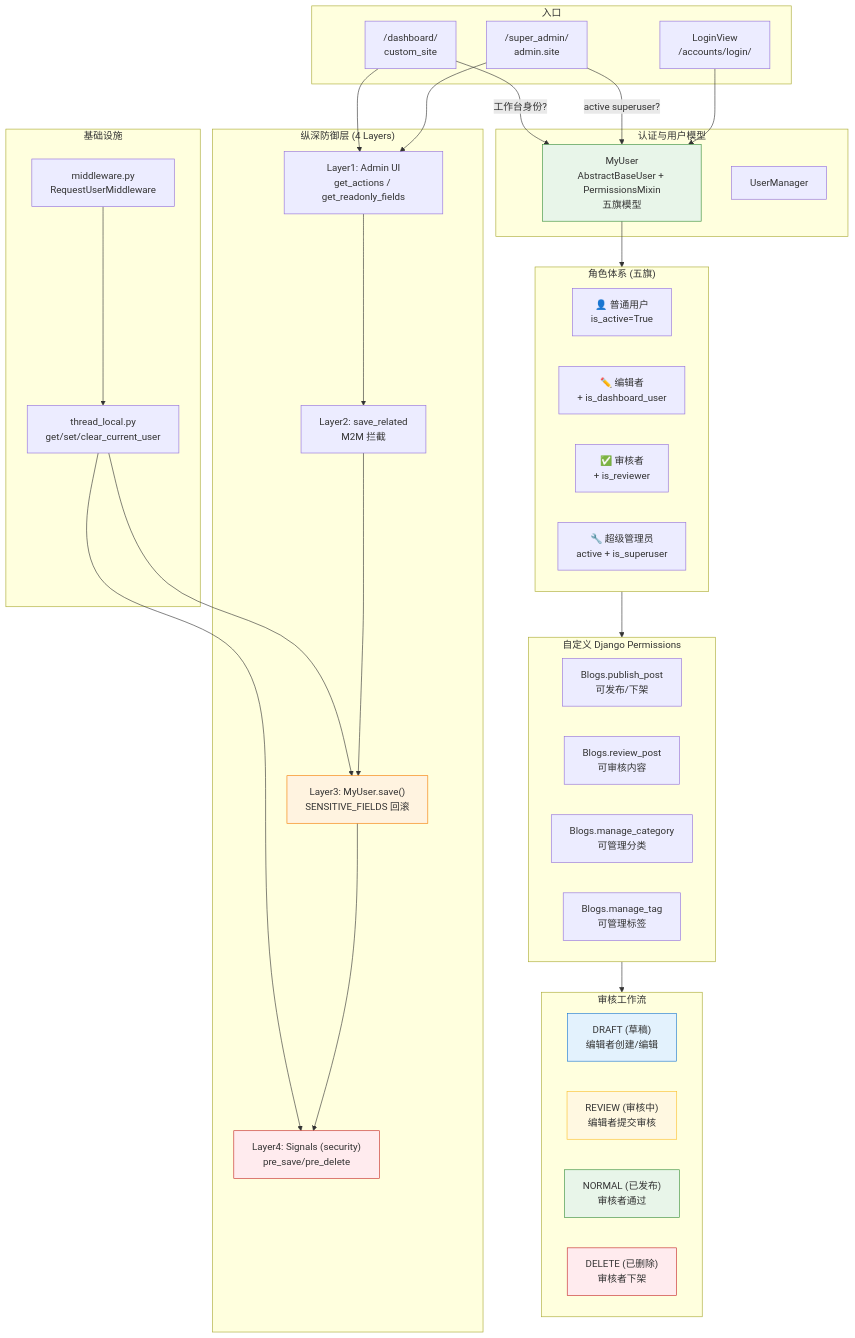
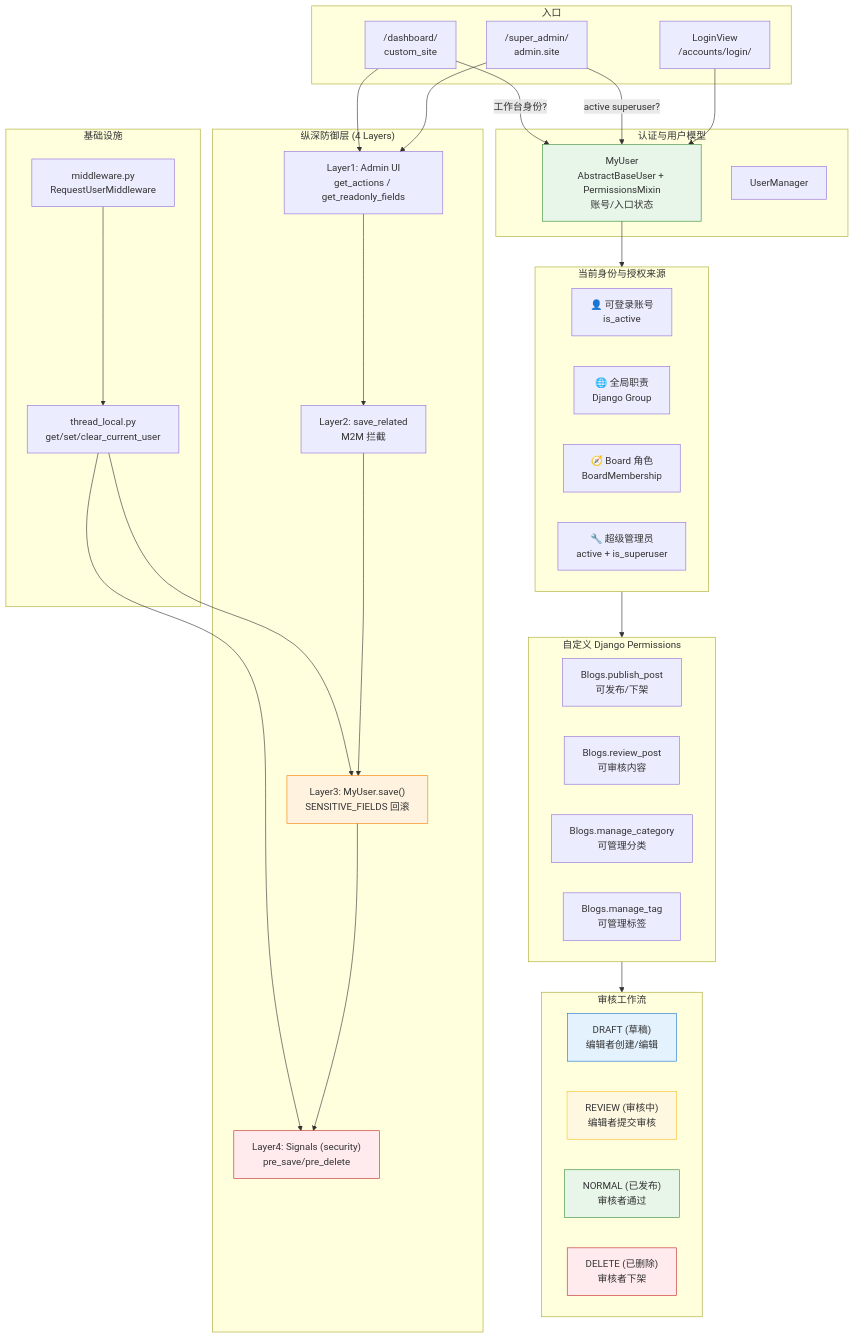
One commit to se-veN714/PowerAdapterBlogs changed the first of 6 diagrams in accounts/DEVELOPMENT.md. Above: the diagram before and after it, drawn with Mermaid. The commit also changed other lines of this file and 9 other files, not shown here.

````diff
--- a/accounts/DEVELOPMENT.md
+++ b/accounts/DEVELOPMENT.md
@@ -65,72 +66,72 @@
 ```mermaid
 flowchart TD
     subgraph entry["入口"]
         LOGIN["LoginView<br/>/accounts/login/"]
         SA["/super_admin/<br/>admin.site"]
         DB["/dashboard/<br/>custom_site"]
     end
 
     subgraph auth["认证与用户模型"]
-        MYU["MyUser<br/>AbstractBaseUser + PermissionsMixin<br/>五旗模型"]
+        MYU["MyUser<br/>AbstractBaseUser + PermissionsMixin<br/>账号/入口状态"]
         UM["UserManager"]
     end
 
-    subgraph roles["角色体系 (五旗)"]
-        R1["👤 普通用户<br/>is_active=True"]
-        R2["✏️ 编辑者<br/>+ is_dashboard_user"]
-        R3["✅ 审核者<br/>+ is_reviewer"]
+    subgraph roles["当前身份与授权来源"]
+        R1["👤 可登录账号<br/>is_active"]
+        R2["🌐 全局职责<br/>Django Group"]
+        R3["🧭 Board 角色<br/>BoardMembership"]
         R4["🔧 超级管理员<br/>active + is_superuser"]
     end
 
     subgraph perms["自定义 Django Permissions"]
         P1["Blogs.publish_post<br/>可发布/下架"]
         P2["Blogs.review_post<br/>可审核内容"]
         P3["Blogs.manage_category<br/>可管理分类"]
         P4["Blogs.manage_tag<br/>可管理标签"]
     end
 
     subgraph workflow["审核工作流"]
         W1["DRAFT (草稿)<br/>编辑者创建/编辑"]
         W2["REVIEW (审核中)<br/>编辑者提交审核"]
         W3["NORMAL (已发布)<br/>审核者通过"]
         W4["DELETE (已删除)<br/>审核者下架"]
     end
 
     subgraph defense["纵深防御层 (4 Layers)"]
         L1["Layer1: Admin UI<br/>get_actions / get_readonly_fields"]
         L2["Layer2: save_related<br/>M2M 拦截"]
         L3["Layer3: MyUser.save()<br/>SENSITIVE_FIELDS 回滚"]
         L4["Layer4: Signals (security)<br/>pre_save/pre_delete"]
     end
 
     subgraph infra["基础设施"]
         TL["thread_local.py<br/>get/set/clear_current_user"]
         MW["middleware.py<br/>RequestUserMiddleware"]
     end
 
     LOGIN --> MYU
     SA -->|"active superuser?"| MYU
     DB -->|"工作台身份?"| MYU
 
     MYU --> roles
     roles --> perms
     perms --> workflow
 
     SA --> L1
     DB --> L1
     L1 --> L2
     L2 --> L3
     L3 --> L4
 
     MW --> TL
     TL --> L3
     TL --> L4
 
     style MYU fill:#e8f5e9,stroke:#388e3c
     style L3 fill:#fff3e0,stroke:#f57c00
     style L4 fill:#ffebee,stroke:#c62828
     style W1 fill:#e3f2fd,stroke:#1976d2
     style W2 fill:#fff8e1,stroke:#fbc02d
     style W3 fill:#e8f5e9,stroke:#388e3c
     style W4 fill:#ffebee,stroke:#c62828
 ```
````
